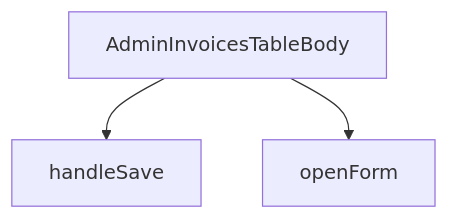
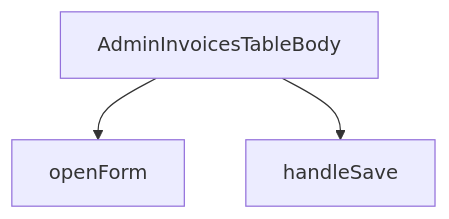
Before and after one commit to peckop/venthub-hvac-esite: the diagram in src/views/admin/AdminInvoicesTableBody.md, drawn with Mermaid. The commit also changed other lines of this file and 105 other files, not shown here.

````diff
--- a/src/views/admin/AdminInvoicesTableBody.md
+++ b/src/views/admin/AdminInvoicesTableBody.md
@@ -182,8 +182,8 @@
 ```mermaid
 graph TD
     AdminInvoicesTableBody_tsx__AdminInvoicesTableBody["AdminInvoicesTableBody"]
     AdminInvoicesTableBody_tsx__handleSave["handleSave"]
     AdminInvoicesTableBody_tsx__openForm["openForm"]
+    AdminInvoicesTableBody_tsx__AdminInvoicesTableBody --> AdminInvoicesTableBody_tsx__openForm
     AdminInvoicesTableBody_tsx__AdminInvoicesTableBody --> AdminInvoicesTableBody_tsx__handleSave
-    AdminInvoicesTableBody_tsx__AdminInvoicesTableBody --> AdminInvoicesTableBody_tsx__openForm
 ```
````
